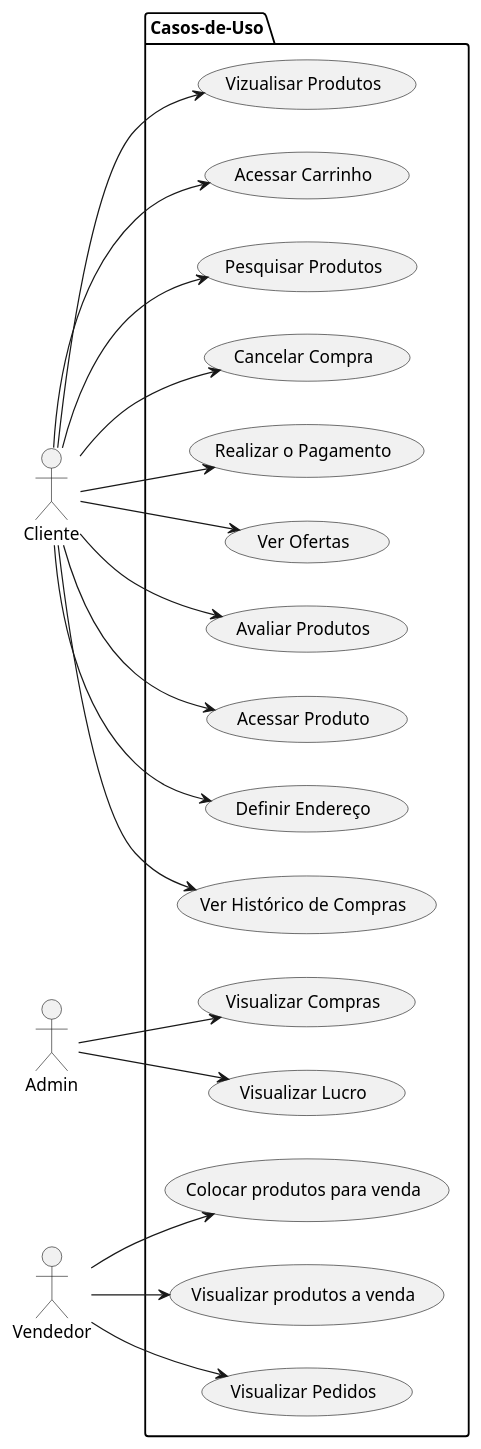
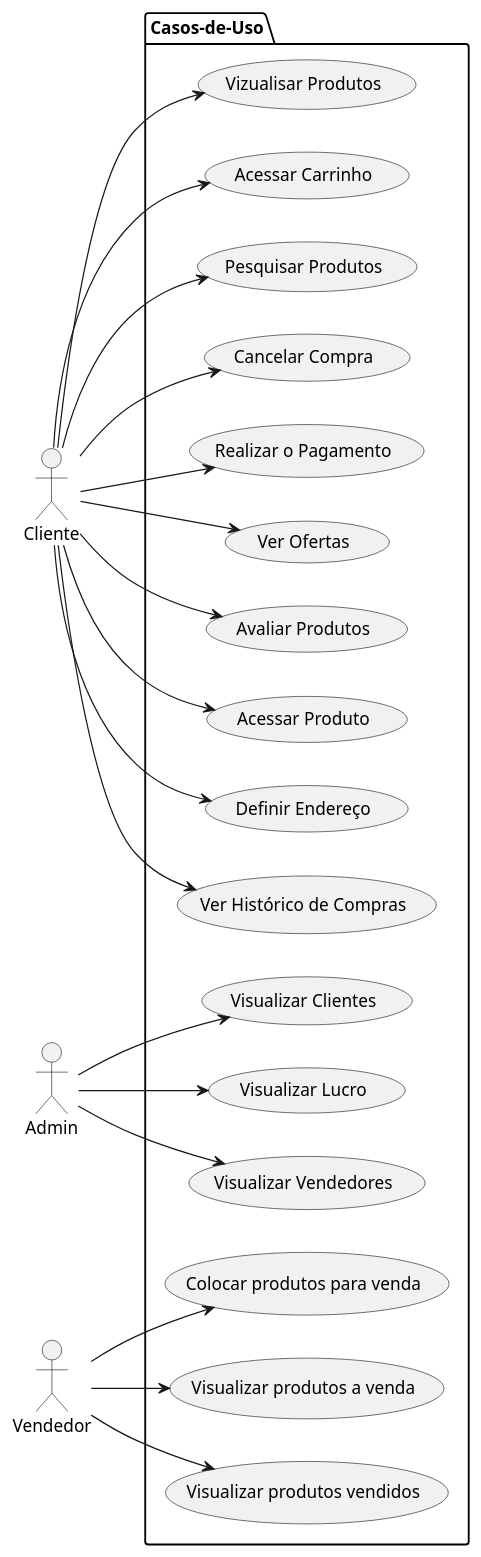
The diagram in docs/use-cases.puml (CarvGabriel/Projeto-Engenharia-de-Software-2), drawn with PlantUML before and after one commit.

```diff
--- a/docs/use-cases.puml
+++ b/docs/use-cases.puml
@@ -1,41 +1,43 @@
 @startuml "use-cases"
 left to right direction
 actor Cliente as c
 actor Admin as a
 actor Vendedor as v
 package Casos-de-Uso{
   usecase "Vizualisar Produtos" as UCc1
   usecase "Acessar Carrinho" as UCc2
   usecase "Pesquisar Produtos" as UCc4
   usecase "Cancelar Compra" as UCc5
   usecase "Realizar o Pagamento" as UCc6
   usecase "Ver Ofertas" as UCc7
   usecase "Avaliar Produtos" as UCc8
   usecase "Acessar Produto" as UCc9
   usecase "Definir Endereço" as UCc10
   usecase "Ver Histórico de Compras" as UCc11
 
-  usecase "Visualizar Compras" as UCa1
+  usecase "Visualizar Clientes" as UCa1
   usecase "Visualizar Lucro" as UCa2
+  usecase "Visualizar Vendedores" as UCa3
 
   usecase "Colocar produtos para venda" as UCv1
   usecase "Visualizar produtos a venda" as UCv2
-  usecase "Visualizar Pedidos" as UCv3
+  usecase "Visualizar produtos vendidos" as UCv3
 
 }
 c --> UCc1
 c --> UCc2
 c --> UCc4
 c --> UCc5
 c --> UCc6
 c --> UCc7
 c --> UCc8
 c --> UCc9
 c --> UCc10
 c --> UCc11
 a --> UCa1
 a --> UCa2
+a --> UCa3
 v --> UCv1
 v --> UCv2
 v --> UCv3
 @enduml
```
